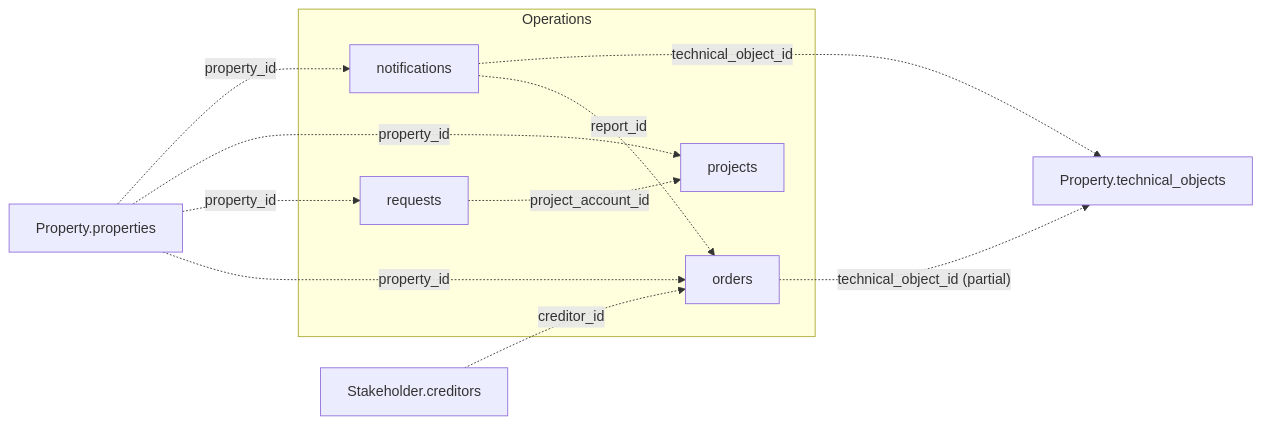
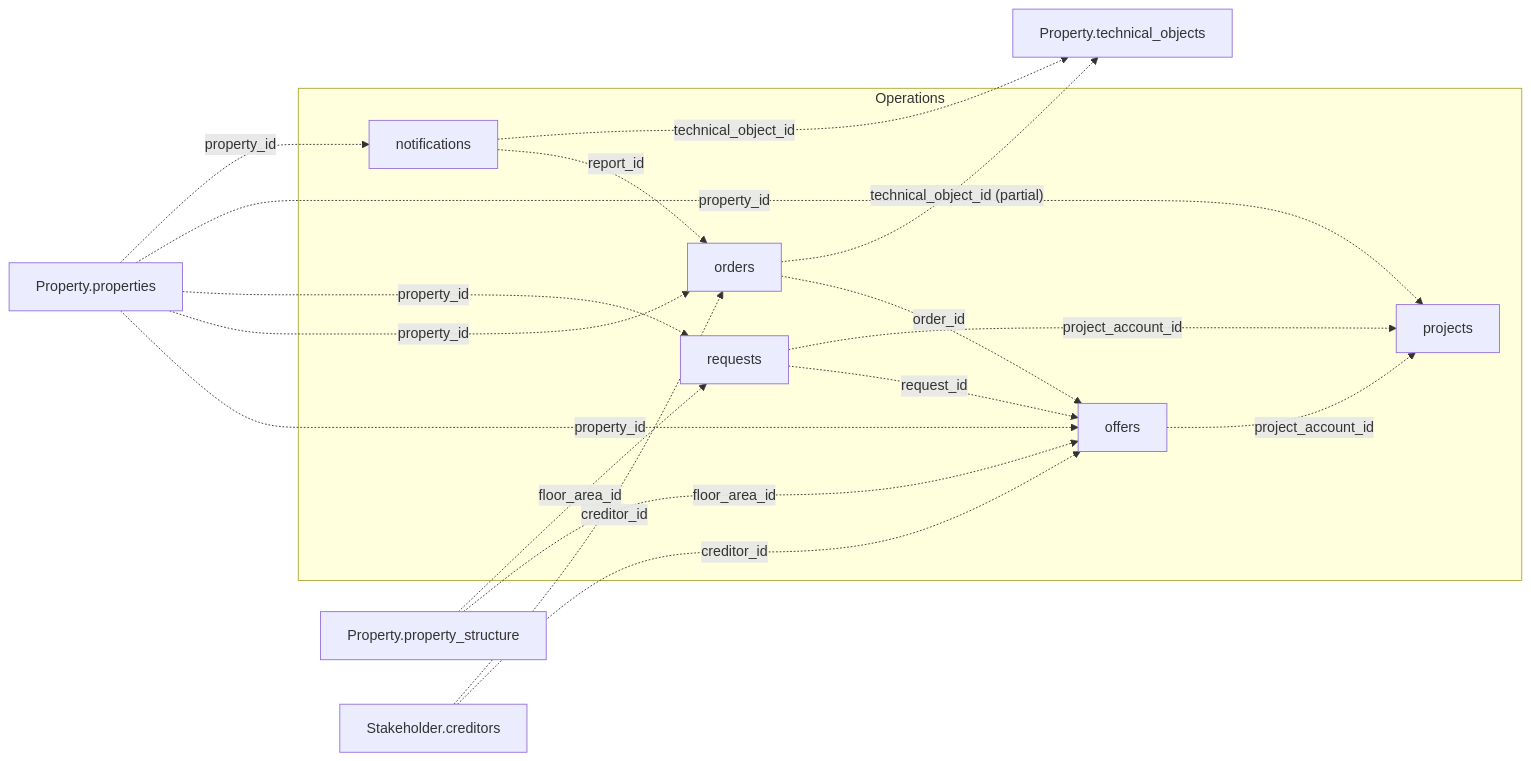
Before and after one commit to Trassets-ai/api-docs: the diagram in v1/data-model/operations.mdx, drawn with Mermaid. The commit also changed other lines of this file and 1 other file, not shown here.

First line of the commit message:
docs(v1): offers-Feldreferenz (EN+DE), requests.status_text als Statuscode

````diff
--- a/v1/data-model/operations.mdx
+++ b/v1/data-model/operations.mdx
@@ -11,23 +12,32 @@
 ```mermaid
 graph LR
   subgraph Operations
     notifications["notifications"]
+    offers["offers"]
     orders["orders"]
     projects["projects"]
     requests["requests"]
   end
 
   properties["Property.properties"]
   technical_objects["Property.technical_objects"]
+  property_structure["Property.property_structure"]
   creditor["Stakeholder.creditors"]
 
   properties -.->|property_id| notifications
   properties -.->|property_id| projects
   properties -.->|property_id| requests
   requests -.->|project_account_id| projects
   notifications -.->|technical_object_id| technical_objects
   properties -.->|property_id| orders
   notifications -.->|report_id| orders
   creditor -.->|creditor_id| orders
   orders -.->|"technical_object_id (partial)"| technical_objects
+  properties -.->|property_id| offers
+  requests -.->|request_id| offers
+  creditor -.->|creditor_id| offers
+  orders -.->|order_id| offers
+  offers -.->|project_account_id| projects
+  property_structure -.->|floor_area_id| requests
+  property_structure -.->|floor_area_id| offers
 ```
````
